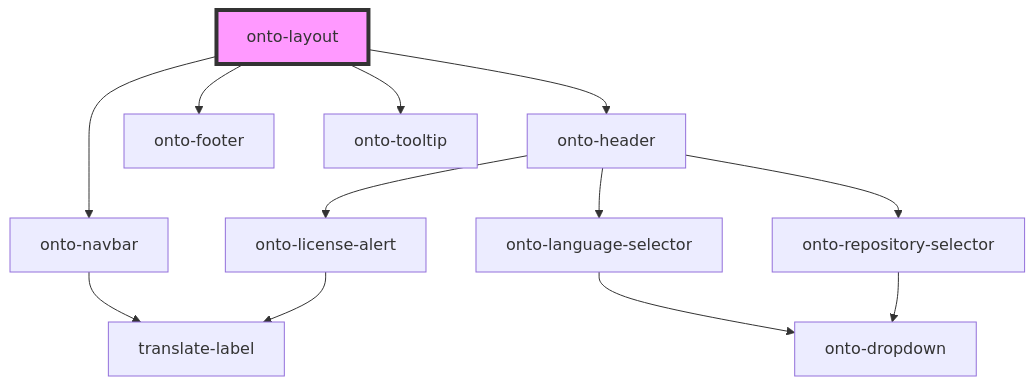
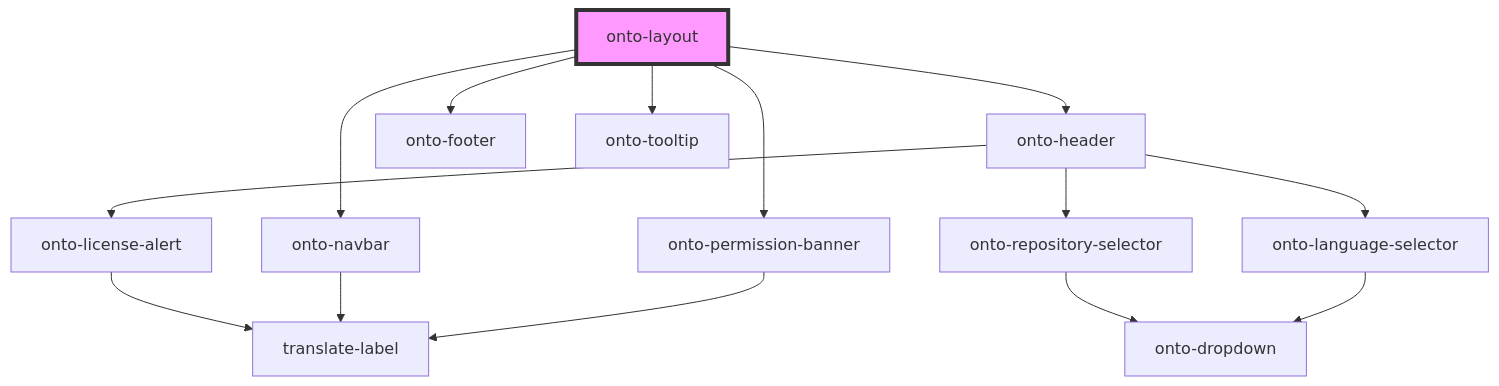
One commit to Ontotext-AD/graphdb-workbench changed the diagram in packages/shared-components/src/components/onto-layout/readme.md. Above: the diagram before and after it, drawn with Mermaid. The commit also changed other lines of this file and 16 other files, not shown here.

First line of the commit message:
GDB-11319 - create alert banner for denied permission

````diff
--- a/packages/shared-components/src/components/onto-layout/readme.md
+++ b/packages/shared-components/src/components/onto-layout/readme.md
@@ -18,15 +19,17 @@
 ```mermaid
 graph TD;
   onto-layout --> onto-header
   onto-layout --> onto-navbar
+  onto-layout --> onto-permission-banner
   onto-layout --> onto-footer
   onto-layout --> onto-tooltip
   onto-header --> onto-license-alert
   onto-header --> onto-repository-selector
   onto-header --> onto-language-selector
   onto-license-alert --> translate-label
   onto-repository-selector --> onto-dropdown
   onto-language-selector --> onto-dropdown
   onto-navbar --> translate-label
+  onto-permission-banner --> translate-label
   style onto-layout fill:#f9f,stroke:#333,stroke-width:4px
 ```
````
